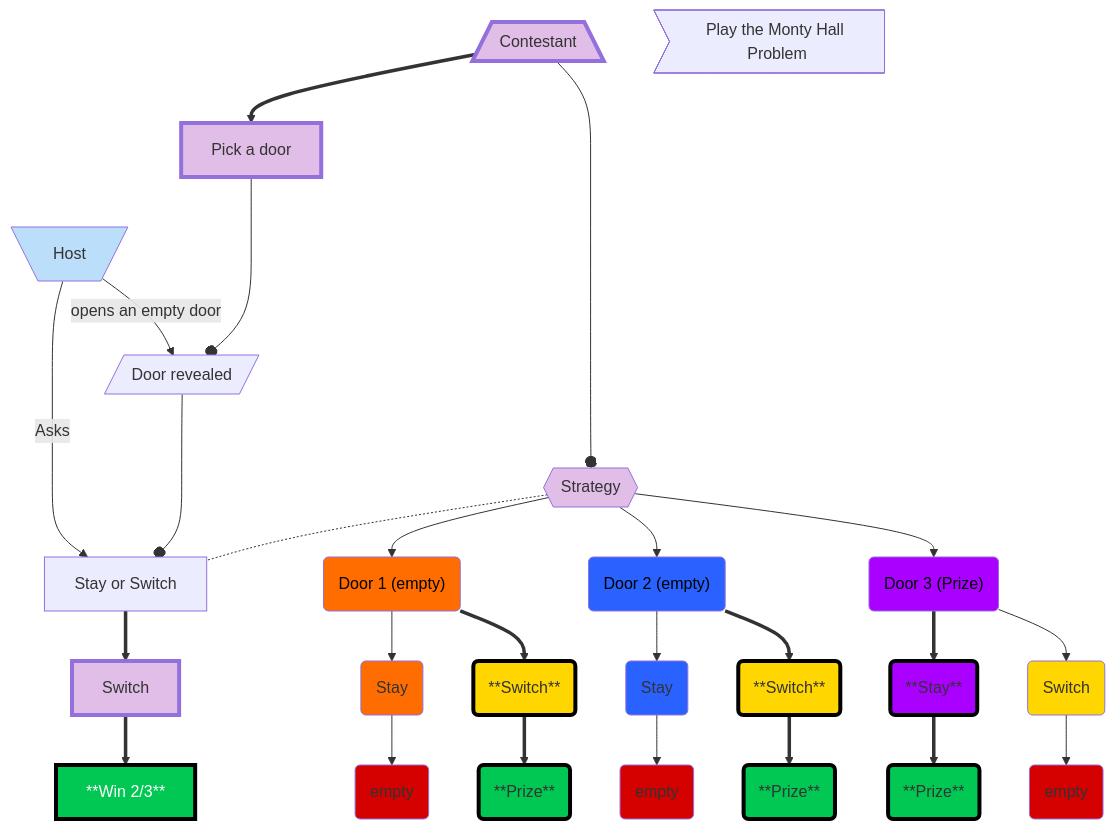
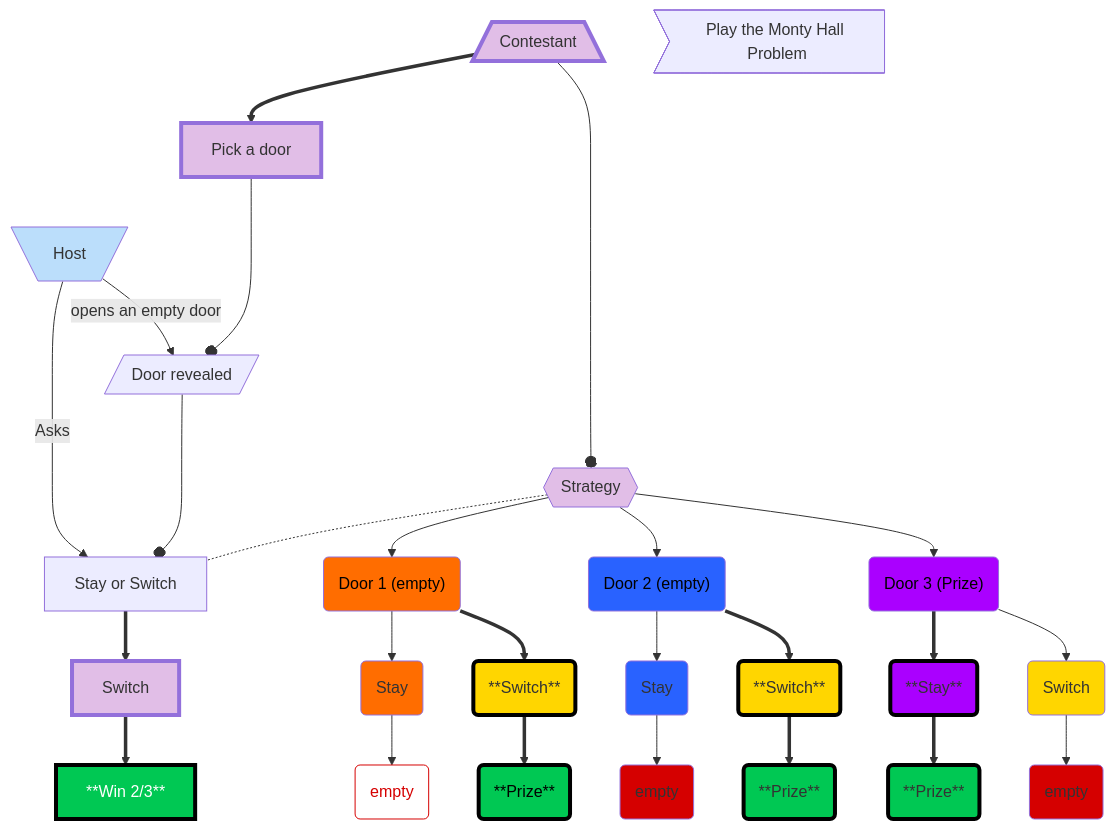
Before and after one commit to BADmommydale/BADmommydale.github.io: the diagram in Diagram.md, drawn with Mermaid.

````diff
--- a/Diagram.md
+++ b/Diagram.md
@@ -1,51 +1,53 @@
 ```mermaid
 flowchart TD
     B["Contestant"] ==> D["Pick a door"]
     C["Host"] -- opens an empty door --> E["Door revealed"]
     D ---o E
     C --Asks--> AB
     E ---o AB["Stay or Switch"]
     AB ==> G["Switch"]
     B ---o H["Strategy"]
     H -.- AB
     H --> I("Door 1 (empty)") & N("Door 2 (empty)") & S("Door 3 (Prize)")
     I --> J("Stay")
     I ==> K("**Switch**")
     J --> L("empty")
     K ==> M("**Prize**")
     N --> O("Stay")
     N ==> P("**Switch**")
     O --> Q("empty")
     P ==> R("**Prize**")
     S ==> T("**Stay**")
     S --> U("Switch")
     T ==> V("**Prize**")
     U --> W("empty")
     G ==> Z["**Win 2/3**"]
     A>"Play the Monty Hall Problem"]
     B@{ shape: trap-b}
     C@{ shape: trap-t}
     E@{ shape: lean-r}
     H@{ shape: hex}
     style B fill:#E1BEE7, stroke-width:4px,stroke-dasharray: 0
     style C fill:#BBDEFB
     style D fill:#E1BEE7, stroke-width:4px,stroke-dasharray: 0
     style G fill:#E1BEE7, stroke-width:4px,stroke-dasharray: 0
     style H fill:#E1BEE7
     style I color:#000000,fill:#FF6D00
     style N color:#000000,fill:#2962FF
     style S color:#000000,fill:#AA00FF
     style J fill:#FF6D00
+    style M fill:transparent,stroke-width:4px,stroke-dasharray: 0,stroke:#00C853,color:#000000
     style K fill:#FFD600,stroke-width:4px,stroke-dasharray: 0,stroke:#000000
-    style L fill:#D50000
+    style L fill:transparent,stroke:#D50000,color:#D50000
+    style M fill:transparent,stroke-width:4px,stroke-dasharray: 0,stroke:#00C853,color:#000000
     style M fill:#00C853,stroke-width:4px,stroke-dasharray: 0,stroke:#000000
     style O fill:#2962FF
     style P fill:#FFD600,stroke-width:4px,stroke-dasharray: 0,stroke:#000000
     style Q fill:#D50000
     style R fill:#00C853,stroke-width:4px,stroke-dasharray: 0,stroke:#000000
     style T fill:#AA00FF,stroke-width:4px,stroke-dasharray: 0,stroke:#000000
     style U fill:#FFD600
     style V fill:#00C853,stroke-width:4px,stroke-dasharray: 0,stroke:#000000
     style W fill:#D50000
     style Z fill:#00C853,color:#FFFFFF,stroke-width:4px,stroke-dasharray: 0,stroke:#000000
 ```
````
